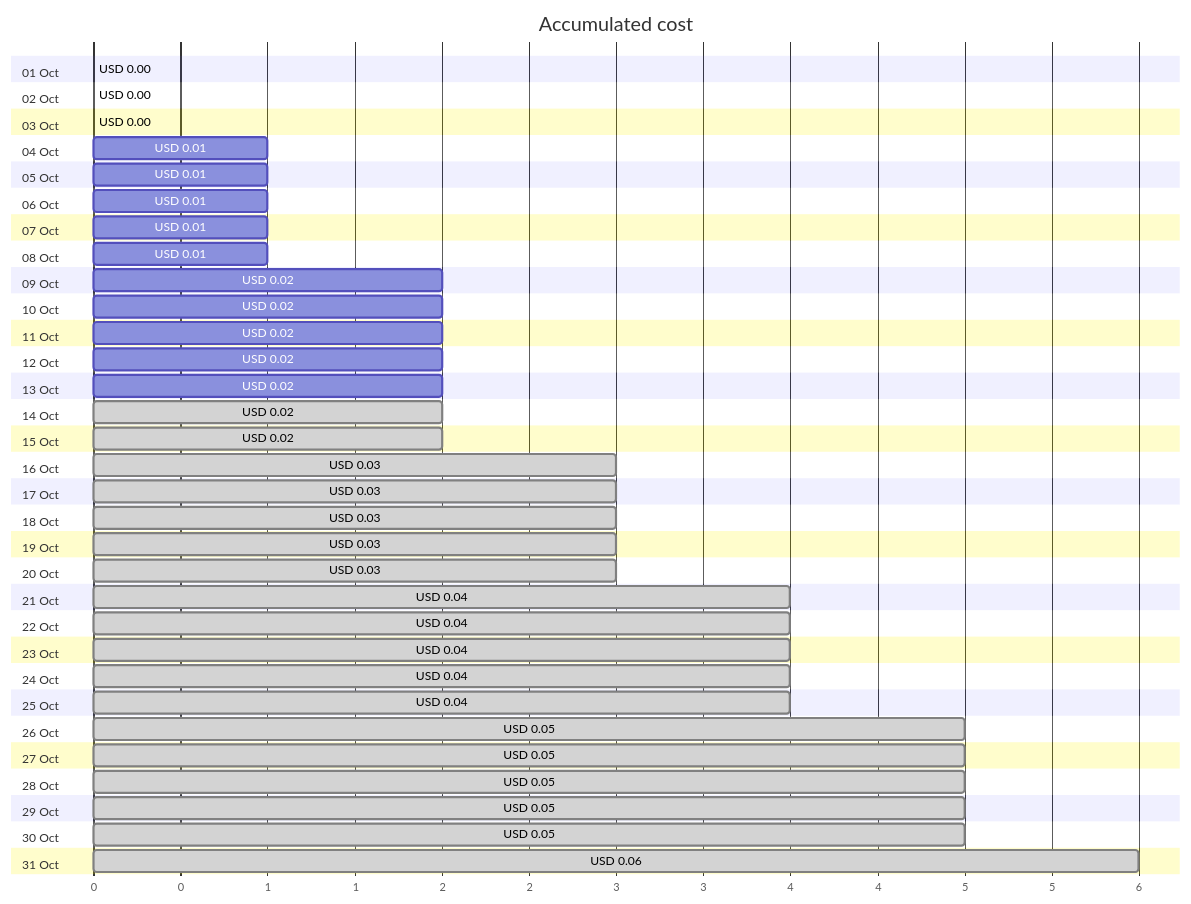
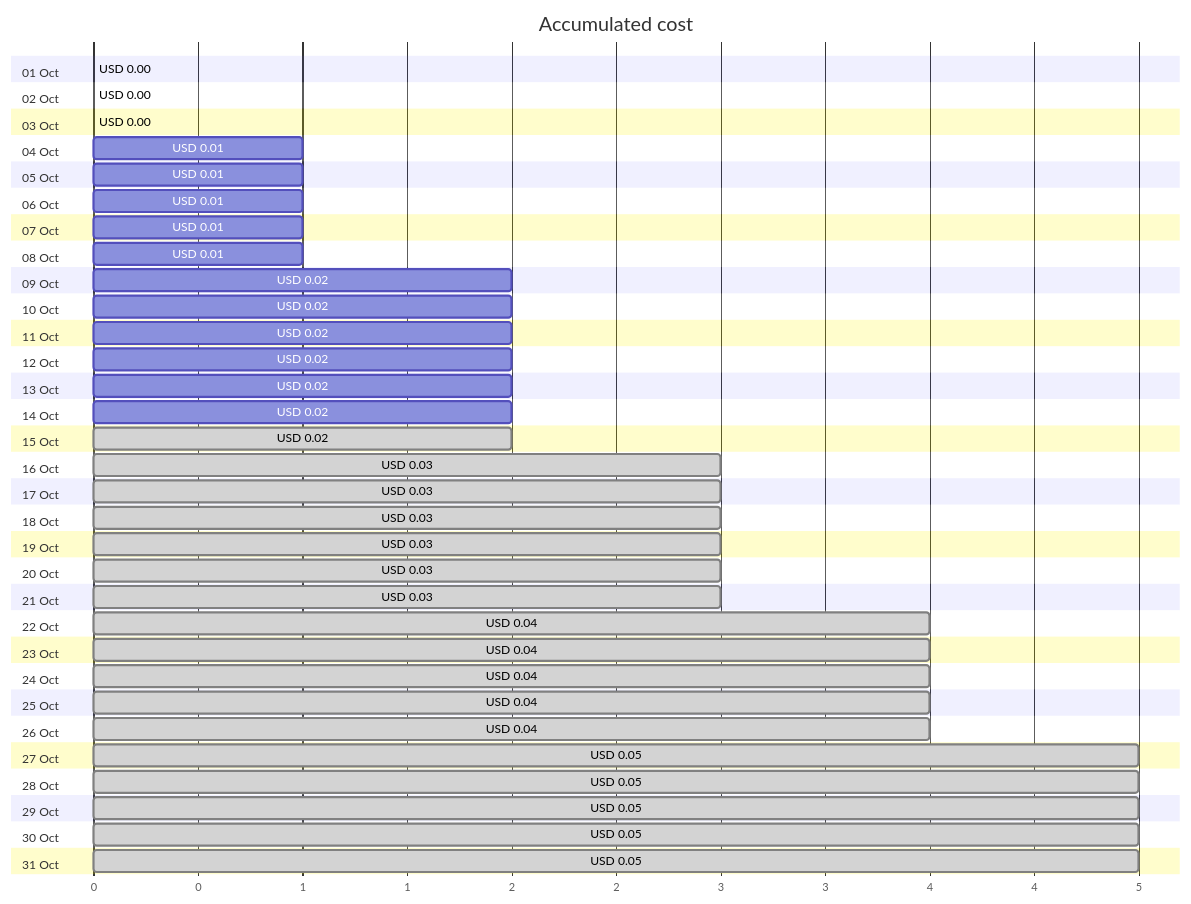
The first of 4 diagrams in cost-reports/personal-site/personalsiteapistorage.md (jpfulton/azure-personal-reports), drawn with Mermaid before and after one commit. The commit also changed other lines of this file and 7 other files, not shown here.

````diff
--- a/cost-reports/personal-site/personalsiteapistorage.md
+++ b/cost-reports/personal-site/personalsiteapistorage.md
@@ -20,68 +20,68 @@
 ```mermaid
 gantt
    title Accumulated cost
    dateFormat  X
    axisFormat %s
    section 01 Oct
    USD 0.00 :0, 0
    section 02 Oct
    USD 0.00 :0, 0
    section 03 Oct
    USD 0.00 :0, 0
    section 04 Oct
    USD 0.01 :0, 1
    section 05 Oct
    USD 0.01 :0, 1
    section 06 Oct
    USD 0.01 :0, 1
    section 07 Oct
    USD 0.01 :0, 1
    section 08 Oct
    USD 0.01 :0, 1
    section 09 Oct
    USD 0.02 :0, 2
    section 10 Oct
    USD 0.02 :0, 2
    section 11 Oct
    USD 0.02 :0, 2
    section 12 Oct
    USD 0.02 :0, 2
    section 13 Oct
    USD 0.02 :0, 2
    section 14 Oct
-   USD 0.02 : done, 0, 2
+   USD 0.02 :0, 2
    section 15 Oct
    USD 0.02 : done, 0, 2
    section 16 Oct
    USD 0.03 : done, 0, 3
    section 17 Oct
    USD 0.03 : done, 0, 3
    section 18 Oct
    USD 0.03 : done, 0, 3
    section 19 Oct
    USD 0.03 : done, 0, 3
    section 20 Oct
    USD 0.03 : done, 0, 3
    section 21 Oct
-   USD 0.04 : done, 0, 4
+   USD 0.03 : done, 0, 3
    section 22 Oct
    USD 0.04 : done, 0, 4
    section 23 Oct
    USD 0.04 : done, 0, 4
    section 24 Oct
    USD 0.04 : done, 0, 4
    section 25 Oct
    USD 0.04 : done, 0, 4
    section 26 Oct
-   USD 0.05 : done, 0, 5
+   USD 0.04 : done, 0, 4
    section 27 Oct
    USD 0.05 : done, 0, 5
    section 28 Oct
    USD 0.05 : done, 0, 5
    section 29 Oct
    USD 0.05 : done, 0, 5
    section 30 Oct
    USD 0.05 : done, 0, 5
    section 31 Oct
-   USD 0.06 : done, 0, 6
+   USD 0.05 : done, 0, 5
 ```
````
